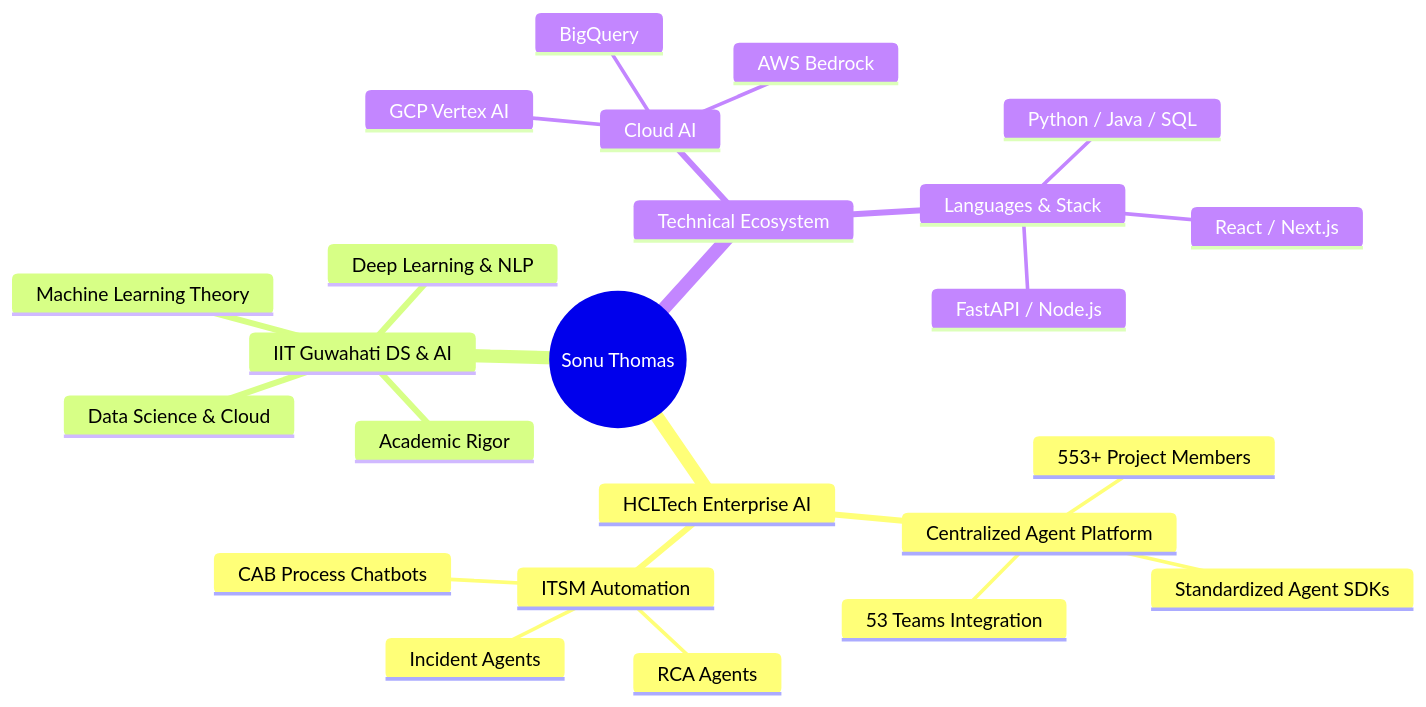
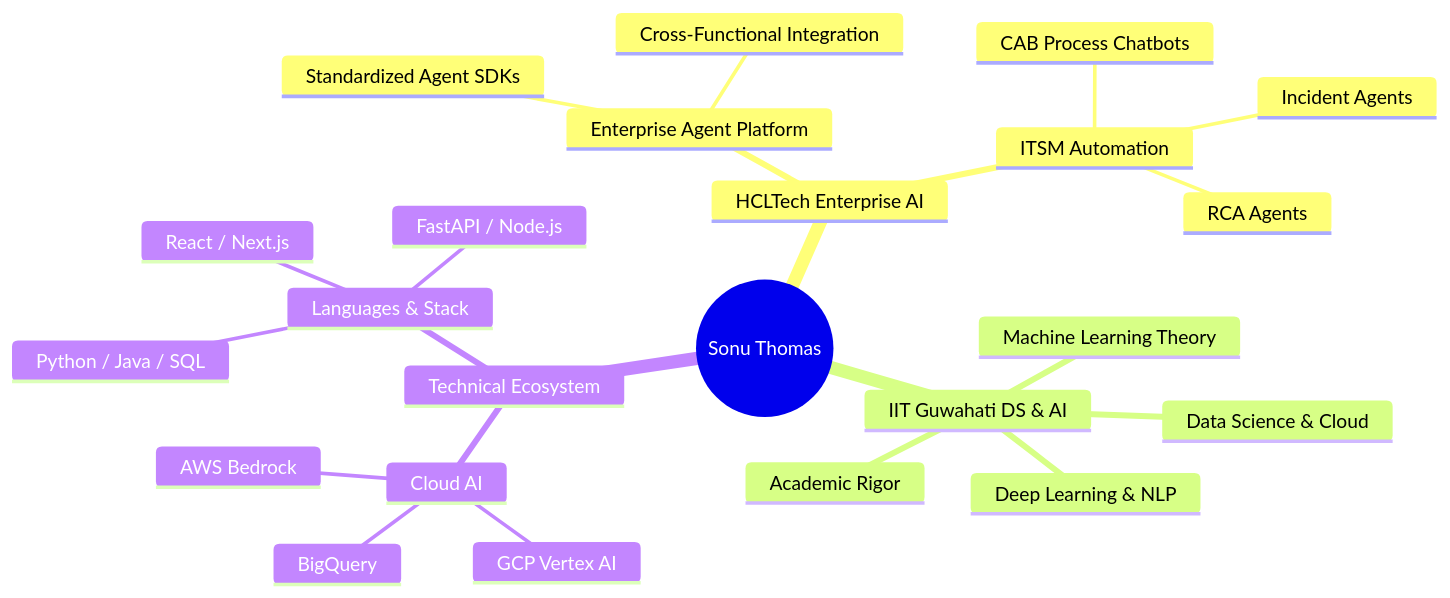
One commit to Sonu-Thomas-001/Sonu-Thomas-001 changed the third of 4 diagrams in README.md. Above: the diagram before and after it, drawn with Mermaid. The commit also changed other lines of this file, not shown here.

````diff
--- a/README.md
+++ b/README.md
@@ -283,27 +283,26 @@
 ```mermaid
 mindmap
   root((Sonu Thomas))
     HCLTech Enterprise AI
-      Centralized Agent Platform
-        53 Teams Integration
-        553+ Project Members
+      Enterprise Agent Platform
+        Cross-Functional Integration
         Standardized Agent SDKs
       ITSM Automation
         Incident Agents
         RCA Agents
         CAB Process Chatbots
     IIT Guwahati DS & AI
       Academic Rigor
       Machine Learning Theory
       Deep Learning & NLP
       Data Science & Cloud
     Technical Ecosystem
       Cloud AI
         GCP Vertex AI
         AWS Bedrock
         BigQuery
       Languages & Stack
         Python / Java / SQL
         React / Next.js
         FastAPI / Node.js
 ```
````
